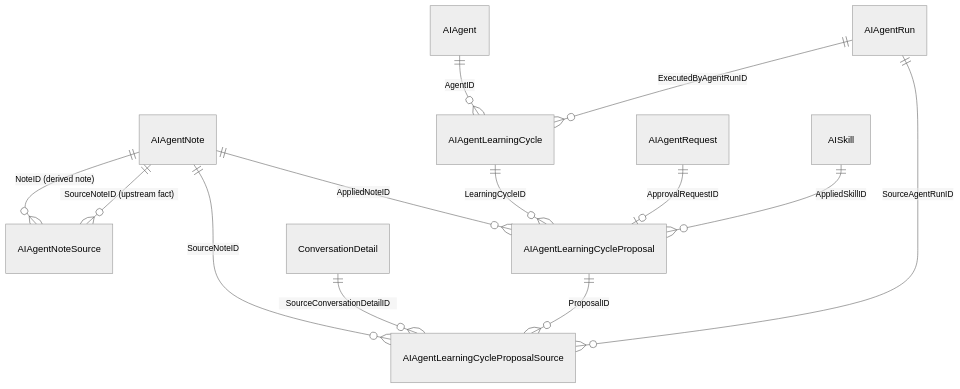
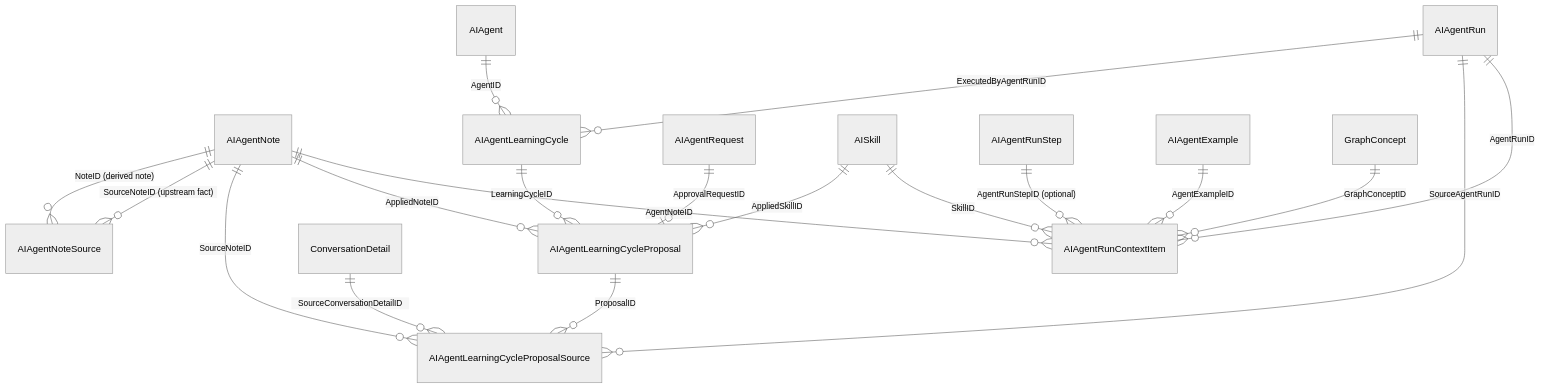
The second of 2 diagrams in plans/agent-memory-sleep-and-canon.md (MemberJunction/MJ), drawn with Mermaid (neutral theme) before and after one commit. The commit also changed other lines of this file, not shown here.

````diff
--- a/plans/agent-memory-sleep-and-canon.md
+++ b/plans/agent-memory-sleep-and-canon.md
@@ -167,15 +208,21 @@
 ```mermaid
 erDiagram
     AIAgentNote ||--o{ AIAgentNoteSource : "NoteID (derived note)"
     AIAgentNote ||--o{ AIAgentNoteSource : "SourceNoteID (upstream fact)"
     AIAgent ||--o{ AIAgentLearningCycle : "AgentID"
     AIAgentRun ||--o{ AIAgentLearningCycle : "ExecutedByAgentRunID"
     AIAgentLearningCycle ||--o{ AIAgentLearningCycleProposal : "LearningCycleID"
     AIAgentLearningCycleProposal ||--o{ AIAgentLearningCycleProposalSource : "ProposalID"
     AIAgentRequest ||--o| AIAgentLearningCycleProposal : "ApprovalRequestID"
     AIAgentNote ||--o{ AIAgentLearningCycleProposalSource : "SourceNoteID"
     AIAgentRun ||--o{ AIAgentLearningCycleProposalSource : "SourceAgentRunID"
     ConversationDetail ||--o{ AIAgentLearningCycleProposalSource : "SourceConversationDetailID"
     AIAgentNote ||--o{ AIAgentLearningCycleProposal : "AppliedNoteID"
     AISkill ||--o{ AIAgentLearningCycleProposal : "AppliedSkillID"
+    AIAgentRun ||--o{ AIAgentRunContextItem : "AgentRunID"
+    AIAgentRunStep ||--o{ AIAgentRunContextItem : "AgentRunStepID (optional)"
+    AIAgentNote ||--o{ AIAgentRunContextItem : "AgentNoteID"
+    AIAgentExample ||--o{ AIAgentRunContextItem : "AgentExampleID"
+    AISkill ||--o{ AIAgentRunContextItem : "SkillID"
+    GraphConcept ||--o{ AIAgentRunContextItem : "GraphConceptID"
 ```
````
